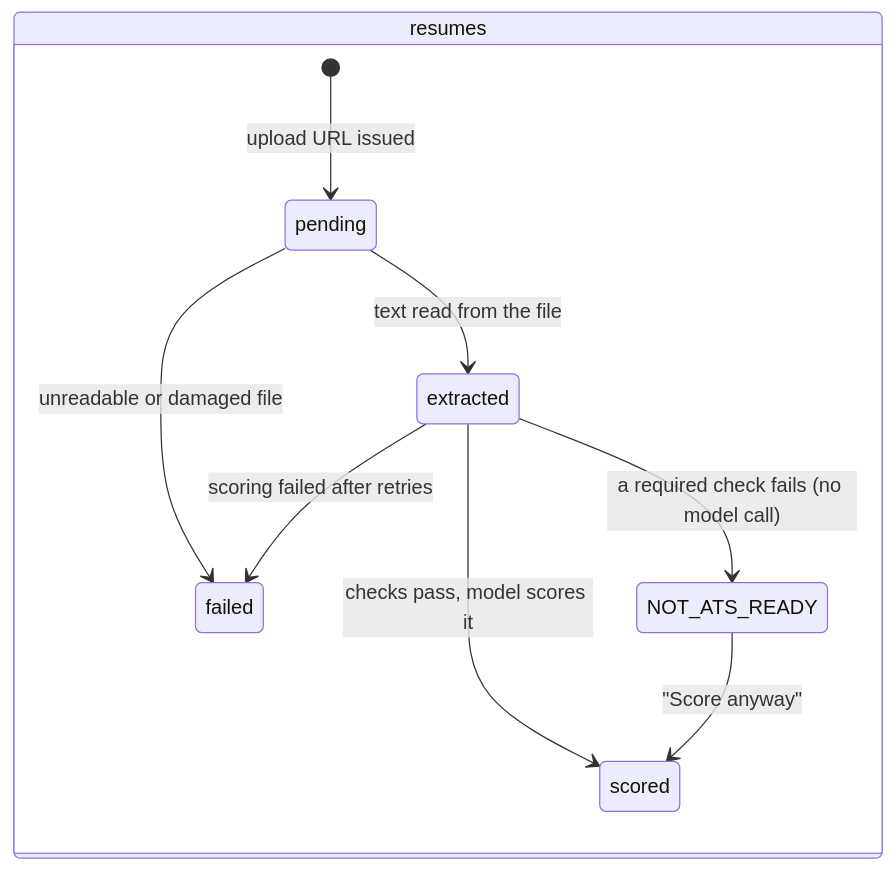
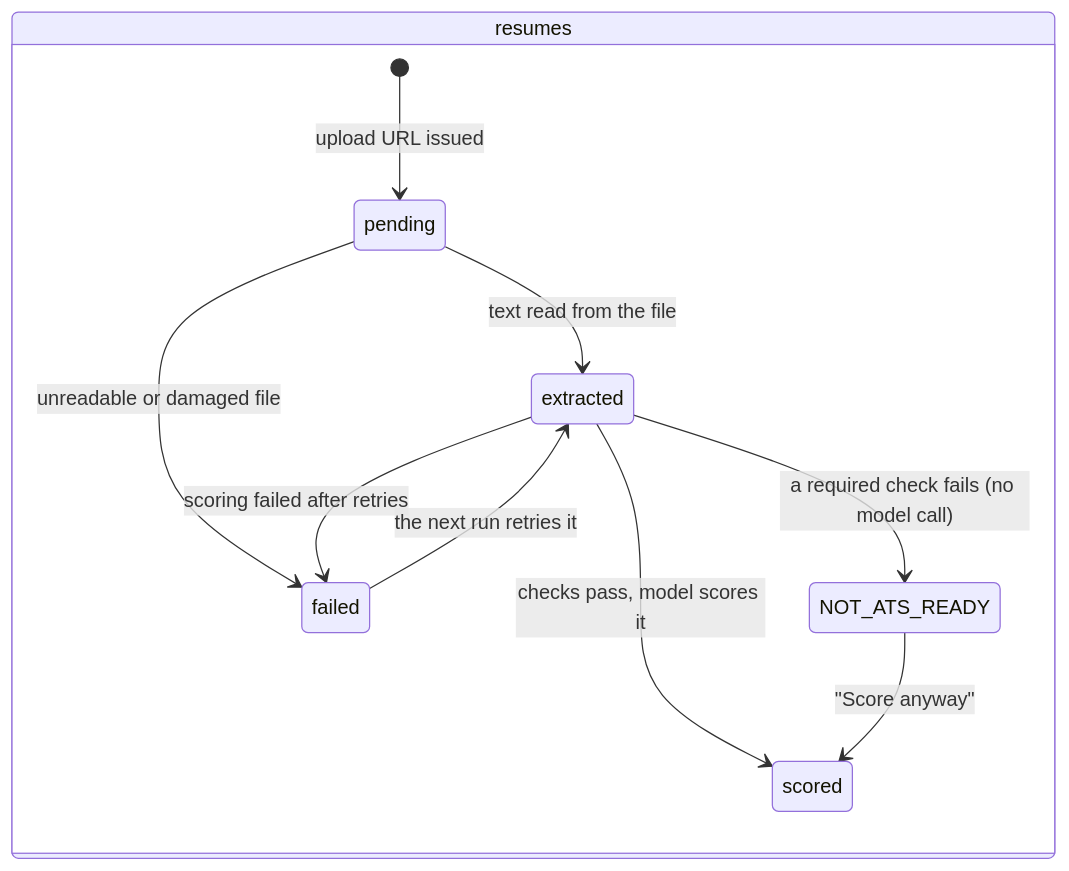
Before and after one commit to RajaChaiban/Talent-Gateway: the second of 3 diagrams in docs/DATA_MODELING.md, drawn with Mermaid. The commit also changed other lines of this file and 22 other files, not shown here.

````diff
--- a/docs/DATA_MODELING.md
+++ b/docs/DATA_MODELING.md
@@ -124,13 +124,14 @@
 ```mermaid
 stateDiagram-v2
   direction LR
   state "resumes" as R {
     [*] --> pending: upload URL issued
     pending --> extracted: text read from the file
     pending --> failed: unreadable or damaged file
     extracted --> NOT_ATS_READY: a required check fails (no model call)
     extracted --> scored: checks pass, model scores it
     NOT_ATS_READY --> scored: "Score anyway"
     extracted --> failed: scoring failed after retries
+    failed --> extracted: the next run retries it
   }
 ```
````
